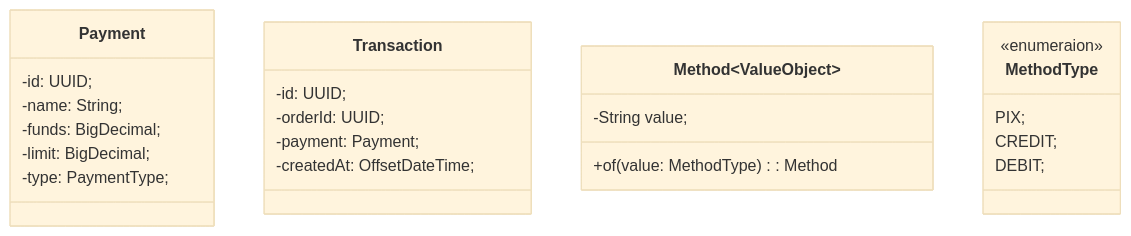
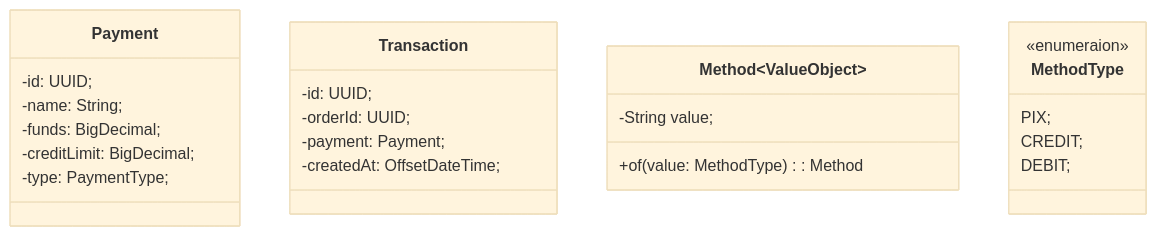
Before and after one commit to murilott/nimbusmart: the diagram in payment/docs/payment.mmd, drawn with Mermaid (base theme). The commit also changed 21 other files, not shown here.

````diff
--- a/payment/docs/payment.mmd
+++ b/payment/docs/payment.mmd
@@ -1,29 +1,29 @@
 ```mermaid
 classDiagram
     class Payment {
         -id: UUID;
         -name: String;
         -funds: BigDecimal;
-        -limit: BigDecimal;
+        -creditLimit: BigDecimal;
         -type: PaymentType;
     }
 
     class Transaction {
         -id: UUID;
         -orderId: UUID;
         -payment: Payment;
         -createdAt: OffsetDateTime;
     }
 
     class Method ~ValueObject~ {
         -String value;
         +of(value: MethodType): Method
     }
 
     class MethodType {
         <<enumeraion>>
         PIX;
         CREDIT;
         DEBIT;
     }
 ```
````
